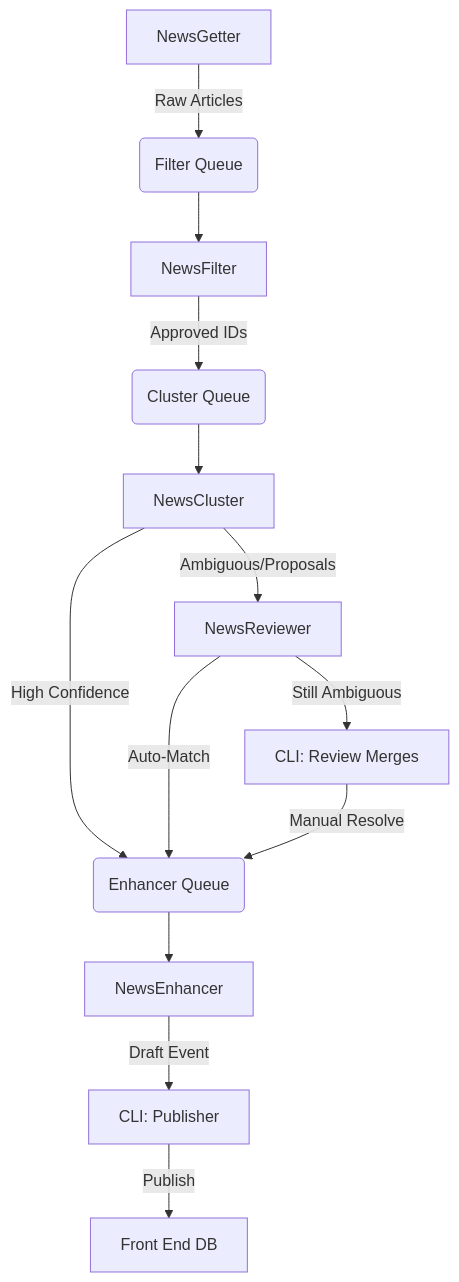
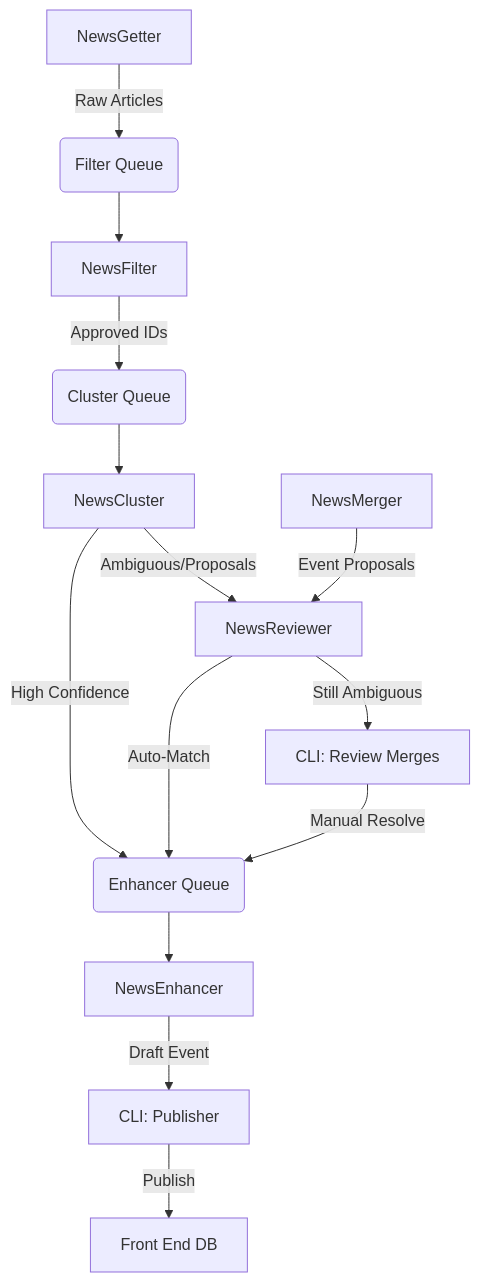
Before and after one commit to GuiUzeda/tacitus.news: the diagram in services/editorial/README.md, drawn with Mermaid. The commit also changed other lines of this file and 14 other files, not shown here.

Commit message:
event merger

````diff
--- a/services/editorial/README.md
+++ b/services/editorial/README.md
@@ -20,15 +20,16 @@
 ```mermaid
 graph TD
     A[NewsGetter] -->|Raw Articles| B(Filter Queue)
     B --> C[NewsFilter]
     C -->|Approved IDs| D(Cluster Queue)
     D --> E[NewsCluster]
     E -->|High Confidence| F(Enhancer Queue)
     E -->|Ambiguous/Proposals| G[NewsReviewer]
     G -->|Auto-Match| F
     G -->|Still Ambiguous| H[CLI: Review Merges]
     H -->|Manual Resolve| F
+    L[NewsMerger] -->|Event Proposals| G
     F --> I[NewsEnhancer]
     I -->|Draft Event| J[CLI: Publisher]
     J -->|Publish| K[Front End DB]
 ```
````
